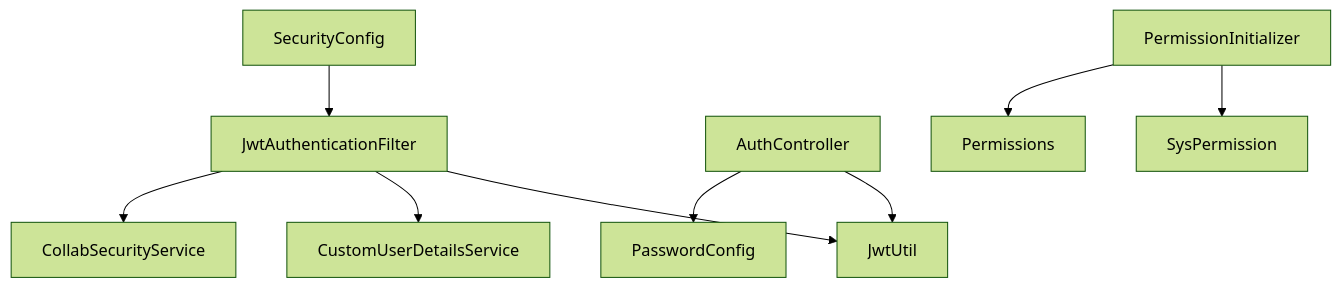
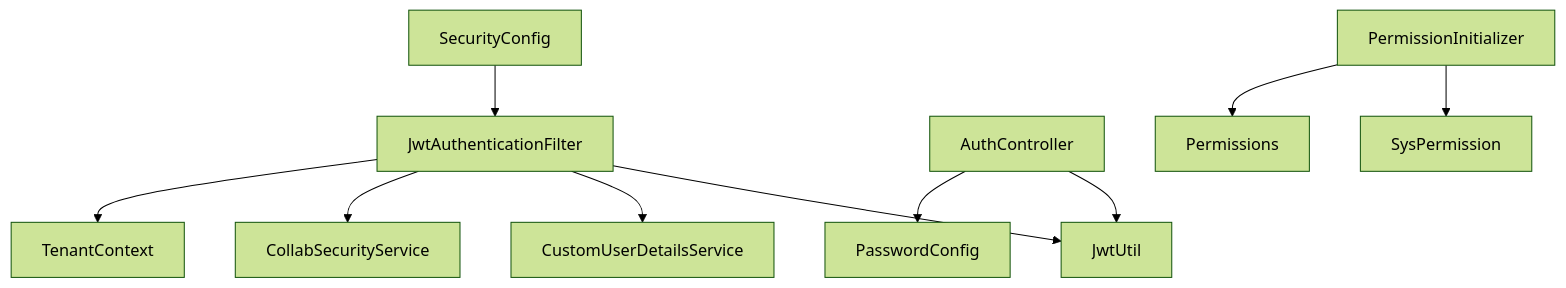
The ninth of 9 diagrams in .qoder/repowiki/en/content/Authentication & Authorization/Authentication & Authorization.md (bo961386926/Survey-App), drawn with Mermaid (forest theme) before and after one commit. The commit also changed other lines of this file and 18 other files, not shown here.

````diff
--- a/.qoder/repowiki/en/content/Authentication & Authorization/Authentication & Authorization.md
+++ b/.qoder/repowiki/en/content/Authentication & Authorization/Authentication & Authorization.md
@@ -365,11 +431,12 @@
 ```mermaid
 graph TB
 SC["SecurityConfig"] --> JAF["JwtAuthenticationFilter"]
 JAF --> JWTU["JwtUtil"]
 JAF --> CUDS["CustomUserDetailsService"]
 JAF --> CSEC["CollabSecurityService"]
+JAF --> TCTX["TenantContext"]
 AUTHC["AuthController"] --> JWTU
 AUTHC --> PASSCFG["PasswordConfig"]
 PERMINIT["PermissionInitializer"] --> PERM["SysPermission"]
 PERMINIT --> PERMS["Permissions"]
 ```
````
